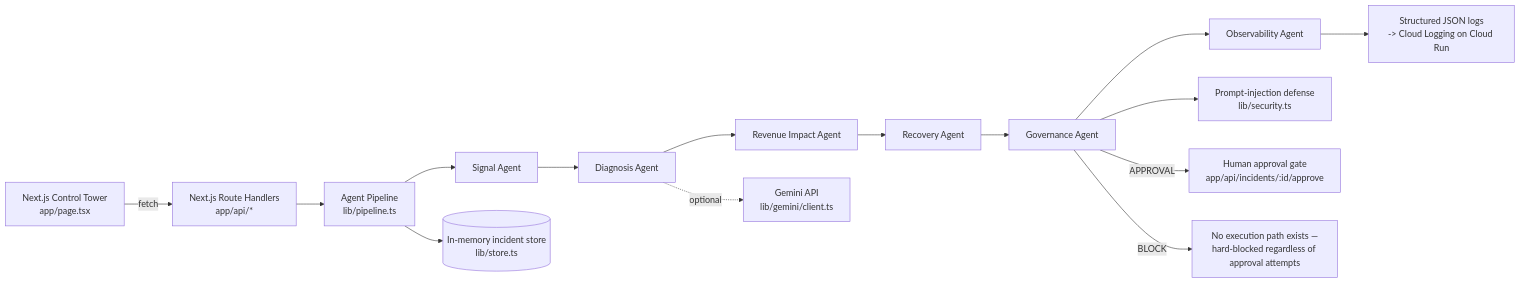
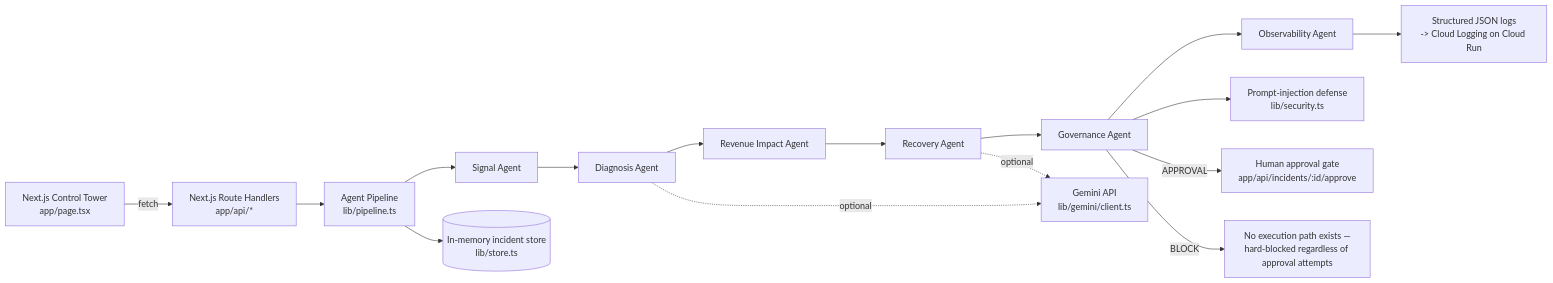
One commit to asfsei3/revenue-sentinel changed the diagram in docs/ARCHITECTURE.md. Above: the diagram before and after it, drawn with Mermaid. The commit also changed other lines of this file and 6 other files, not shown here.

````diff
--- a/docs/ARCHITECTURE.md
+++ b/docs/ARCHITECTURE.md
@@ -5,21 +5,22 @@
 ```mermaid
 flowchart LR
   UI[Next.js Control Tower<br/>app/page.tsx] -->|fetch| API[Next.js Route Handlers<br/>app/api/*]
   API --> PIPE[Agent Pipeline<br/>lib/pipeline.ts]
 
   PIPE --> S[Signal Agent]
   S --> D[Diagnosis Agent]
   D --> R[Revenue Impact Agent]
   R --> RC[Recovery Agent]
   RC --> G[Governance Agent]
   G --> O[Observability Agent]
 
   D -.optional.-> GEM[Gemini API<br/>lib/gemini/client.ts]
+  RC -.optional.-> GEM
   G --> SEC[Prompt-injection defense<br/>lib/security.ts]
 
   O --> LOG[Structured JSON logs<br/>-> Cloud Logging on Cloud Run]
   PIPE --> STORE[(In-memory incident store<br/>lib/store.ts)]
 
   G -->|APPROVAL| HUMAN[Human approval gate<br/>app/api/incidents/:id/approve]
   G -->|BLOCK| BLOCKED[No execution path exists —<br/>hard-blocked regardless of approval attempts]
 ```
````
